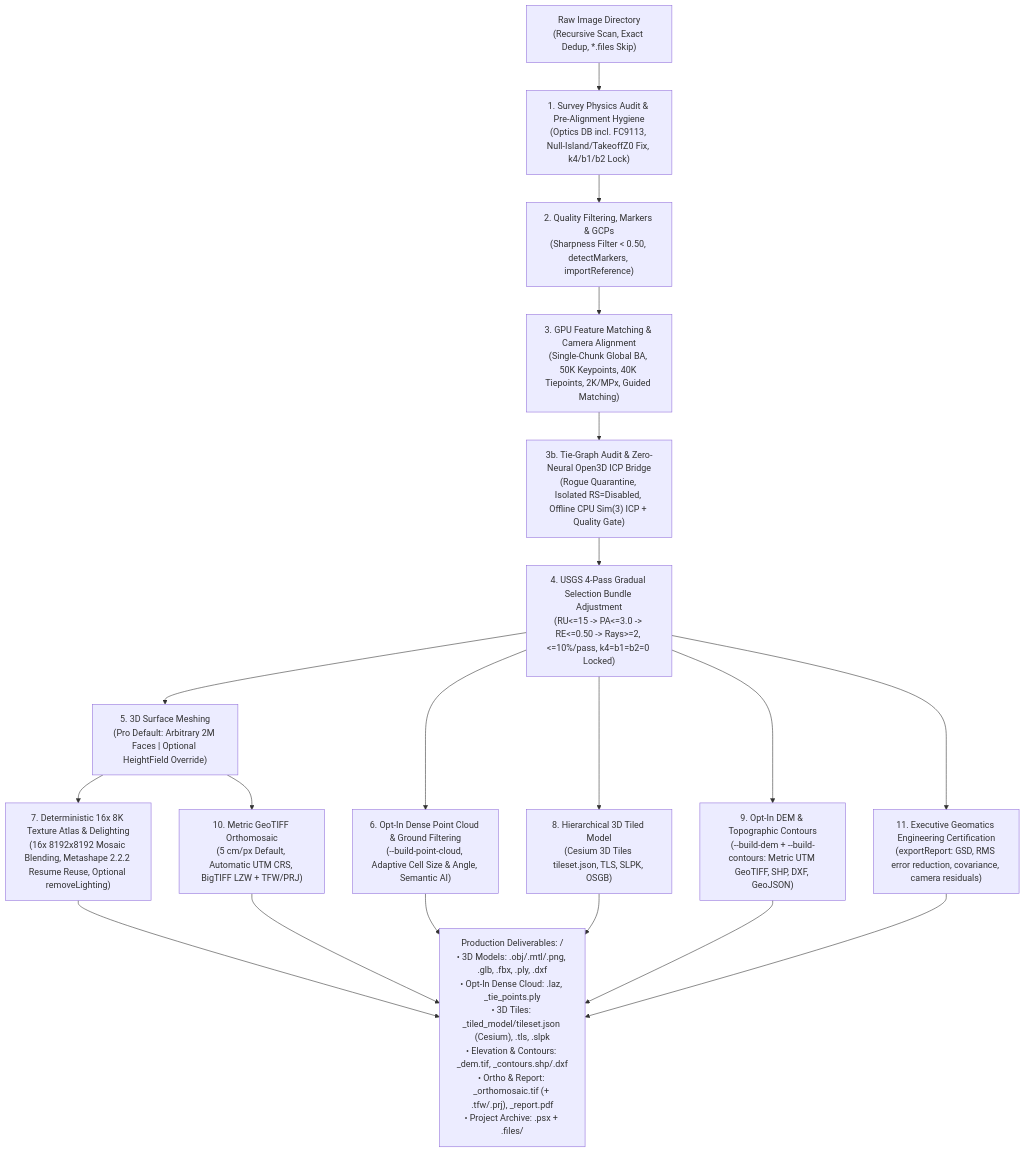
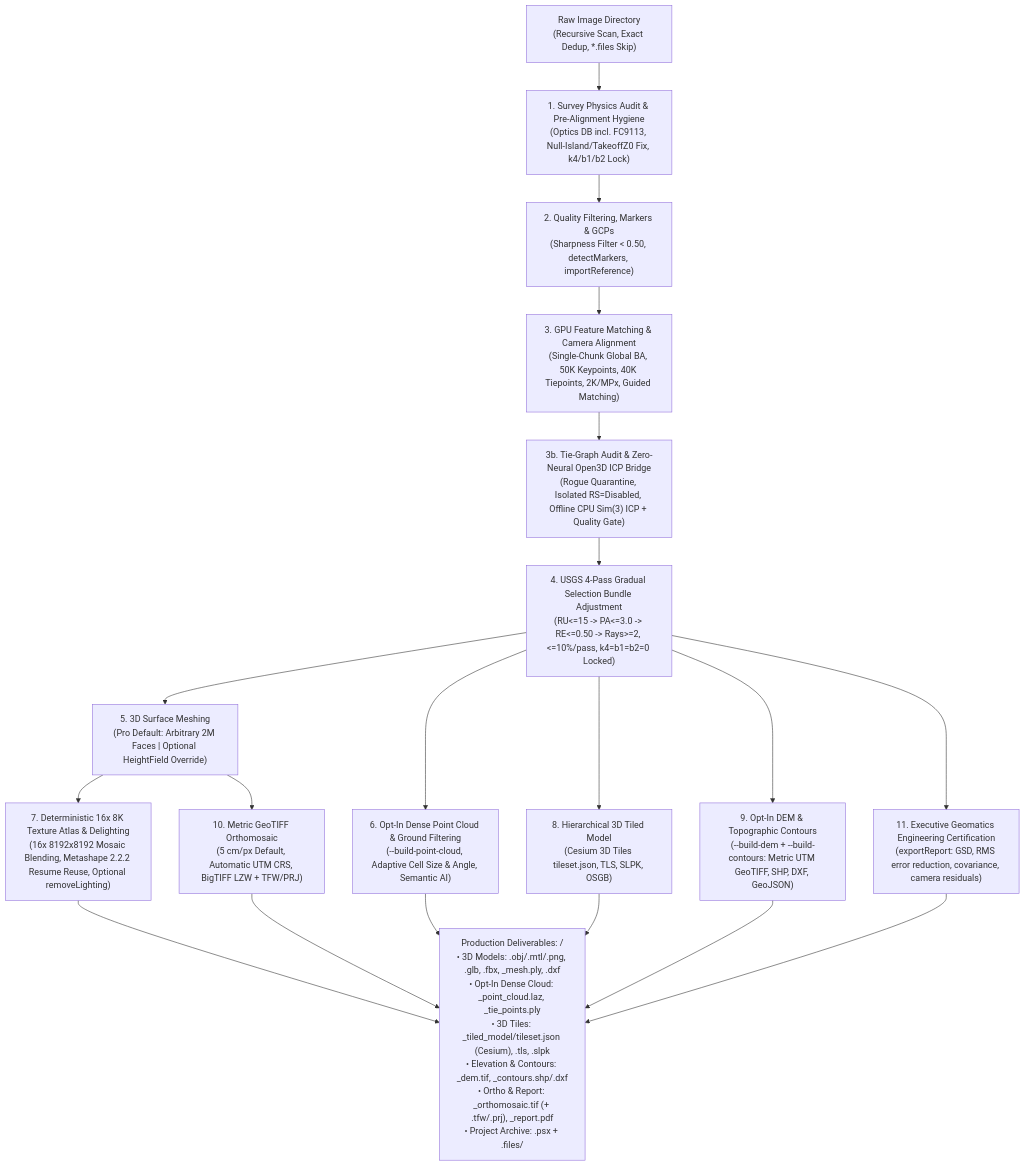
One commit to ngviettam82/AutoMetashape changed the diagram in skills/user/image-to-3d-model/SKILL.md. Above: the diagram before and after it, drawn with Mermaid. The commit also changed other lines of this file and 25 other files, not shown here.

````diff
--- a/skills/user/image-to-3d-model/SKILL.md
+++ b/skills/user/image-to-3d-model/SKILL.md
@@ -42,21 +42,21 @@
 ```mermaid
 flowchart TD
     A["Raw Image Directory<br/>(Recursive Scan, Exact Dedup, *.files Skip)"] --> B["1. Survey Physics Audit & Pre-Alignment Hygiene<br/>(Optics DB incl. FC9113, Null-Island/TakeoffZ0 Fix, k4/b1/b2 Lock)"]
     B --> C["2. Quality Filtering, Markers & GCPs<br/>(Sharpness Filter < 0.50, detectMarkers, importReference)"]
     C --> D["3. GPU Feature Matching & Camera Alignment<br/>(Single-Chunk Global BA, 50K Keypoints, 40K Tiepoints, 2K/MPx, Guided Matching)"]
     D --> D2["3b. Tie-Graph Audit & Zero-Neural Open3D ICP Bridge<br/>(Rogue Quarantine, Isolated RS=Disabled, Offline CPU Sim(3) ICP + Quality Gate)"]
     D2 --> E["4. USGS 4-Pass Gradual Selection Bundle Adjustment<br/>(RU<=15 -> PA<=3.0 -> RE<=0.50 -> Rays>=2, <=10%/pass, k4=b1=b2=0 Locked)"]
     E --> F["5. 3D Surface Meshing<br/>(Pro Default: Arbitrary 2M Faces | Optional HeightField Override)"]
     E --> G["6. Opt-In Dense Point Cloud & Ground Filtering<br/>(--build-point-cloud, Adaptive Cell Size & Angle, Semantic AI)"]
     F --> H["7. Deterministic 16x 8K Texture Atlas & Delighting<br/>(16x 8192x8192 Mosaic Blending, Metashape 2.2.2 Resume Reuse, Optional removeLighting)"]
     E --> I["8. Hierarchical 3D Tiled Model<br/>(Cesium 3D Tiles tileset.json, TLS, SLPK, OSGB)"]
     E --> J["9. Opt-In DEM & Topographic Contours<br/>(--build-dem + --build-contours: Metric UTM GeoTIFF, SHP, DXF, GeoJSON)"]
     F --> K["10. Metric GeoTIFF Orthomosaic<br/>(5 cm/px Default, Automatic UTM CRS, BigTIFF LZW + TFW/PRJ)"]
     E --> L["11. Executive Geomatics Engineering Certification<br/>(exportReport: GSD, RMS error reduction, covariance, camera residuals)"]
-    G --> M["Production Deliverables: <output_dir>/<br/>• 3D Models: <project>.obj/.mtl/.png, <project>.glb, .fbx, .ply, .dxf<br/>• Opt-In Dense Cloud: <project>.laz, <project>_tie_points.ply<br/>• 3D Tiles: <project>_tiled_model/tileset.json (Cesium), .tls, .slpk<br/>• Elevation & Contours: <project>_dem.tif, <project>_contours.shp/.dxf<br/>• Ortho & Report: <project>_orthomosaic.tif (+ .tfw/.prj), <project>_report.pdf<br/>• Project Archive: <project>.psx + <project>.files/"]
+    G --> M["Production Deliverables: <output_dir>/<br/>• 3D Models: <project>.obj/.mtl/.png, <project>.glb, .fbx, _mesh.ply, .dxf<br/>• Opt-In Dense Cloud: <project>_point_cloud.laz, <project>_tie_points.ply<br/>• 3D Tiles: <project>_tiled_model/tileset.json (Cesium), .tls, .slpk<br/>• Elevation & Contours: <project>_dem.tif, <project>_contours.shp/.dxf<br/>• Ortho & Report: <project>_orthomosaic.tif (+ .tfw/.prj), <project>_report.pdf<br/>• Project Archive: <project>.psx + <project>.files/"]
     H --> M
     I --> M
     J --> M
     K --> M
     L --> M
 ```
````
